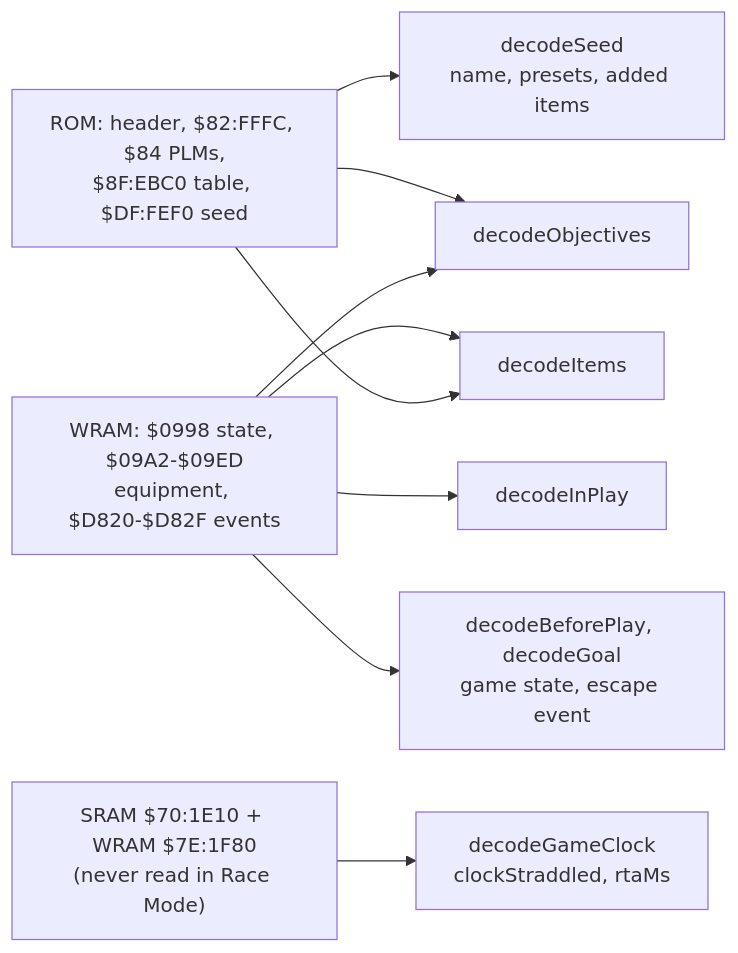
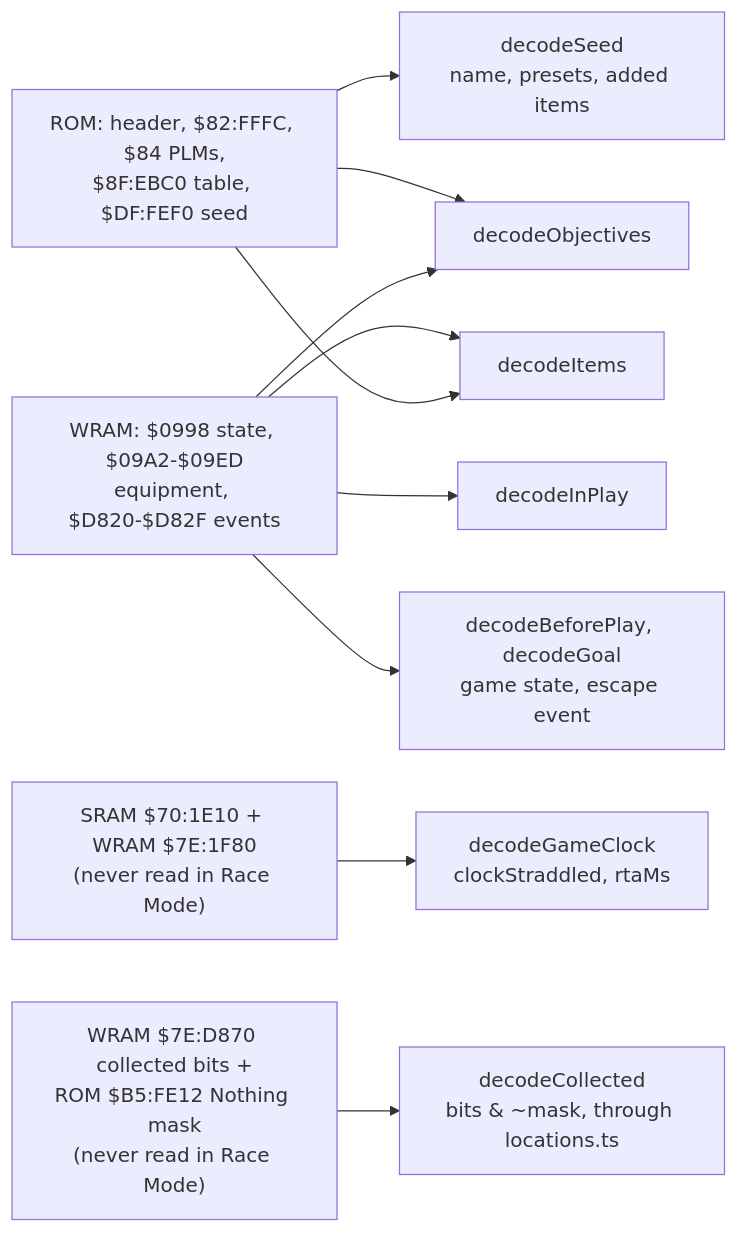
Before and after one commit to kqesar/alltp-tracker: the diagram in packs/sm/README.md, drawn with Mermaid. The commit also changed other lines of this file and 7 other files, not shown here.

````diff
--- a/packs/sm/README.md
+++ b/packs/sm/README.md
@@ -32,11 +33,12 @@
 ```mermaid
 flowchart LR
   rom["ROM: header, $82:FFFC, $84 PLMs,<br/>$8F:EBC0 table, $DF:FEF0 seed"] --> seed["decodeSeed<br/>name, presets, added items"]
   rom --> obj["decodeObjectives"]
   wram["WRAM: $0998 state, $09A2-$09ED<br/>equipment, $D820-$D82F events"] --> items["decodeItems"]
   rom --> items
   wram --> obj
   wram --> play["decodeInPlay"]
   wram --> goal["decodeBeforePlay, decodeGoal<br/>game state, escape event"]
   clock["SRAM $70:1E10 + WRAM $7E:1F80<br/>(never read in Race Mode)"] --> rta["decodeGameClock<br/>clockStraddled, rtaMs"]
+  bits["WRAM $7E:D870 collected bits +<br/>ROM $B5:FE12 Nothing mask<br/>(never read in Race Mode)"] --> locs["decodeCollected<br/>bits &amp; ~mask, through locations.ts"]
 ```
````
